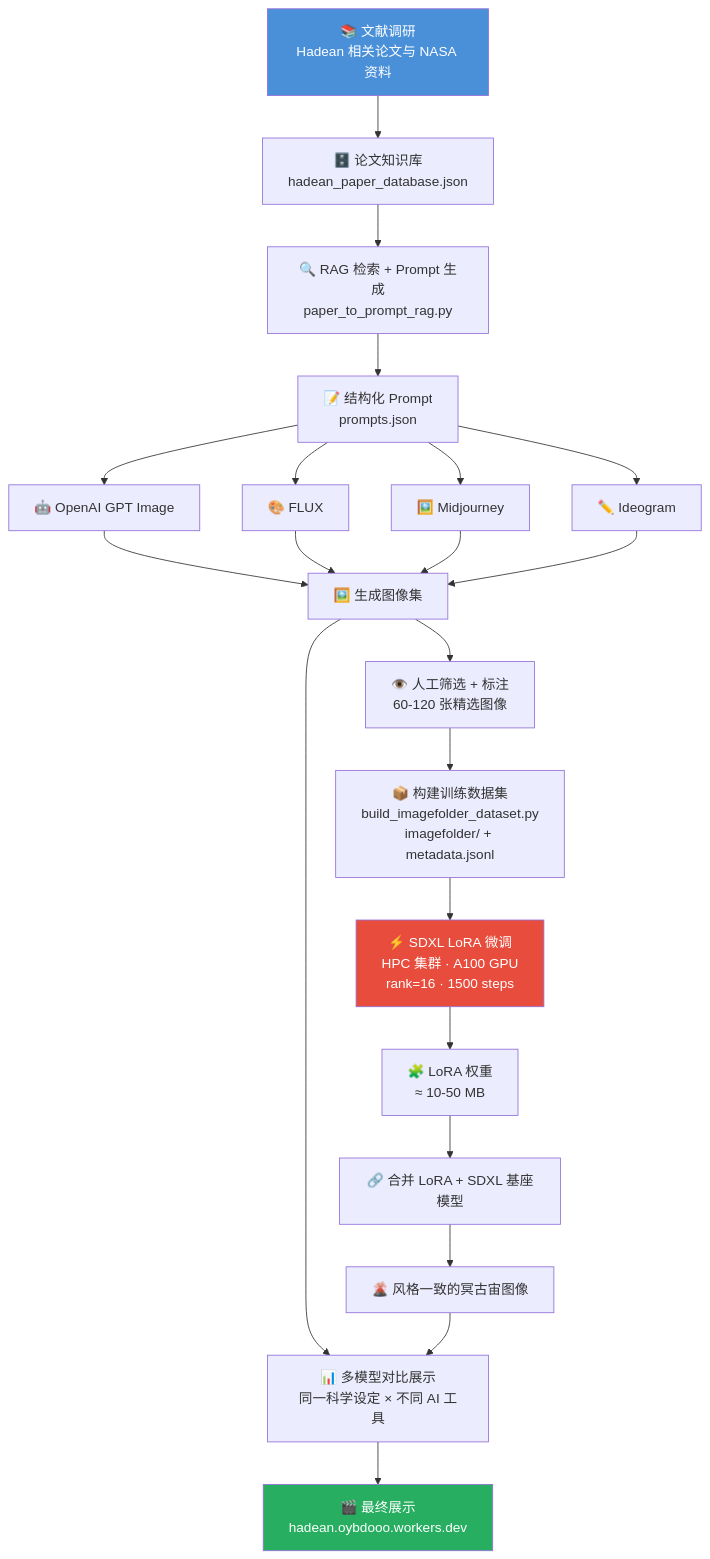
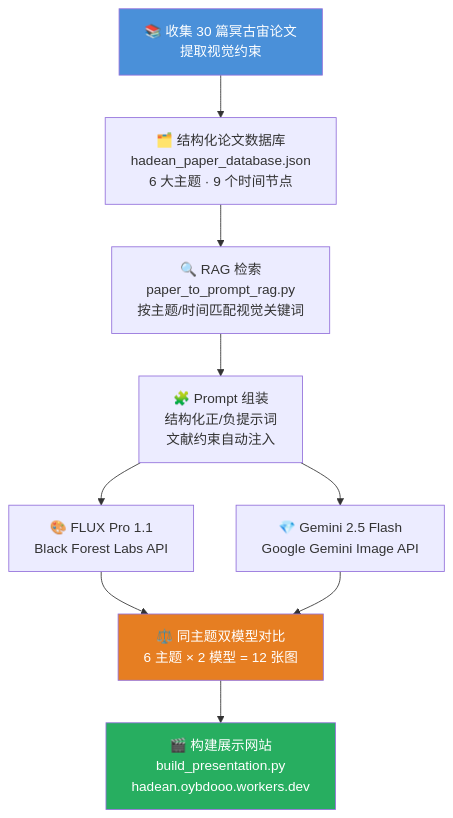
The diagram in README.md (OYBDOOO/hadean-earth-ai), drawn with Mermaid before and after one commit. The commit also changed other lines of this file, not shown here.

Commit message:
docs: update flowchart to match actual workflow (no LoRA, FLUX+Gemini only)

````diff
--- a/README.md
+++ b/README.md
@@ -21,33 +21,18 @@
 ```mermaid
 flowchart TD
-    A["📚 文献调研<br/>Hadean 相关论文与 NASA 资料"] --> B["🗄️ 论文知识库<br/>hadean_paper_database.json"]
-    B --> C["🔍 RAG 检索 + Prompt 生成<br/>paper_to_prompt_rag.py"]
-    C --> D["📝 结构化 Prompt<br/>prompts.json"]
+    A["📚 收集 30 篇冥古宙论文<br/>提取视觉约束"] --> B["🗂️ 结构化论文数据库<br/>hadean_paper_database.json<br/>6 大主题 · 9 个时间节点"]
+    B --> C["🔍 RAG 检索<br/>paper_to_prompt_rag.py<br/>按主题/时间匹配视觉关键词"]
+    C --> D["🧩 Prompt 组装<br/>结构化正/负提示词<br/>文献约束自动注入"]
 
-    D --> E1["🤖 OpenAI GPT Image"]
-    D --> E2["🎨 FLUX"]
-    D --> E3["🖼️ Midjourney"]
-    D --> E4["✏️ Ideogram"]
+    D --> E1["🎨 FLUX Pro 1.1<br/>Black Forest Labs API"]
+    D --> E2["💎 Gemini 2.5 Flash<br/>Google Gemini Image API"]
 
-    E1 --> F["🖼️ 生成图像集"]
+    E1 --> F["⚖️ 同主题双模型对比<br/>6 主题 × 2 模型 = 12 张图"]
     E2 --> F
-    E3 --> F
-    E4 --> F
 
-    F --> G["👁️ 人工筛选 + 标注<br/>60-120 张精选图像"]
-    G --> H["📦 构建训练数据集<br/>build_imagefolder_dataset.py<br/>imagefolder/ + metadata.jsonl"]
-
-    H --> I["⚡ SDXL LoRA 微调<br/>HPC 集群 · A100 GPU<br/>rank=16 · 1500 steps"]
-    I --> J["🧩 LoRA 权重<br/>≈ 10-50 MB"]
-
-    J --> K["🔗 合并 LoRA + SDXL 基座模型"]
-    K --> L["🌋 风格一致的冥古宙图像"]
-
-    F --> M["📊 多模型对比展示<br/>同一科学设定 × 不同 AI 工具"]
-    L --> M
-    M --> N["🎬 最终展示<br/>hadean.oybdooo.workers.dev"]
+    F --> G["🎬 构建展示网站<br/>build_presentation.py<br/>hadean.oybdooo.workers.dev"]
 
     style A fill:#4a90d9,color:#fff
-    style I fill:#e74c3c,color:#fff
-    style N fill:#27ae60,color:#fff
+    style F fill:#e67e22,color:#fff
+    style G fill:#27ae60,color:#fff
 ```
````
